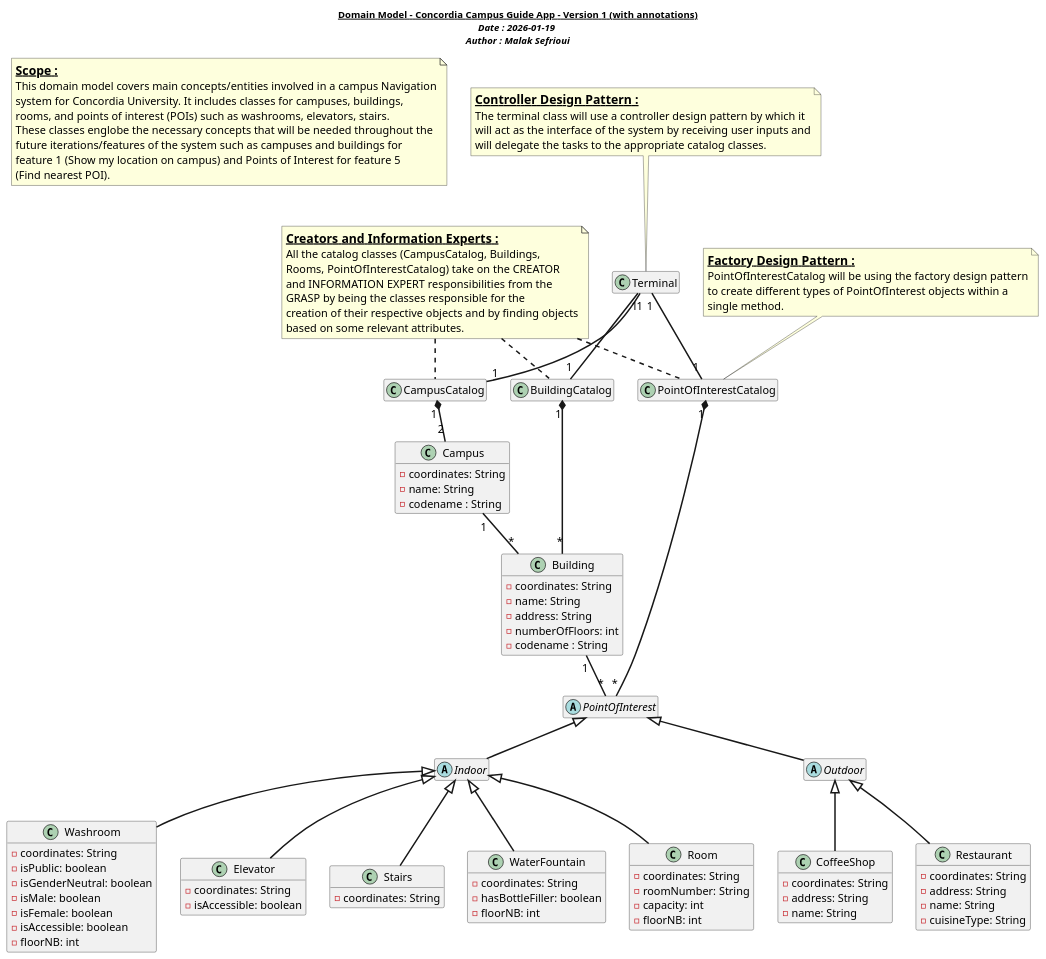
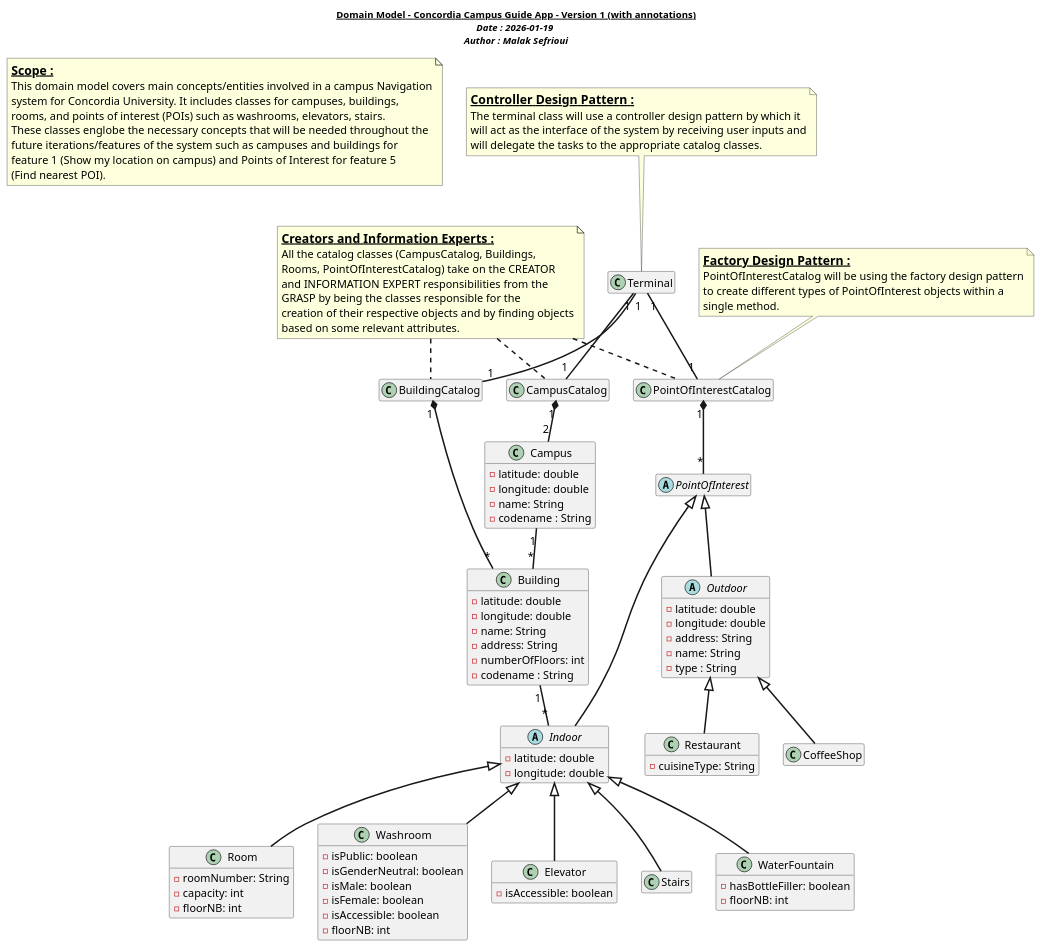
The diagram in Sprint 1/Domain Model/DomainModel.plantuml (reemaaboudraz/TheInnovators), drawn with PlantUML before and after one commit. The commit also changed 1 other file, not shown here.

```diff
--- a/Sprint 1/Domain Model/DomainModel.plantuml
+++ b/Sprint 1/Domain Model/DomainModel.plantuml
@@ -1,136 +1,137 @@
 @startuml Domain Model
 skinparam DefaultFontName Arial
 skinparam DefaultFontSize 16
 skinparam DefaultFontStyle bold
 skinparam ArrowThickness 2.2
 title <u>Domain Model - Concordia Campus Guide App - Version 1 (with annotations)</u>\n<i>Date : 2026-01-19 </i>\n<i>Author : Malak Sefrioui</i>
 hide empty members
 
 note as Scope
     <size:18><b><u>Scope :</u></b></size>
     This domain model covers main concepts/entities involved in a campus Navigation
     system for Concordia University. It includes classes for campuses, buildings,
     rooms, and points of interest (POIs) such as washrooms, elevators, stairs.
     These classes englobe the necessary concepts that will be needed throughout the
     future iterations/features of the system such as campuses and buildings for
     feature 1 (Show my location on campus) and Points of Interest for feature 5 
     (Find nearest POI).
 end note
 
 class "Terminal" as terminal {}
 
 class "CampusCatalog" as CampusCatalog {}
 class "Campus" as Campus {
-    - coordinates: String
+    - latitude: double
+    - longitude: double
     - name: String
     - codename : String
 }
 
 class "BuildingCatalog" as Buildings {}
 class "Building" as Building {
-    - coordinates: String
+    - latitude: double
+    - longitude: double
     - name: String
     - address: String
     - numberOfFloors: int
     - codename : String
 }
 class "Room" as Room {
-    - coordinates: String
     - roomNumber: String
     - capacity: int
     - floorNB: int
 }
 class "PointOfInterestCatalog" as PointOfInterestCatalog {}
 
 abstract class "PointOfInterest" as PointOfInterest {}
-abstract class "Indoor" as Indoor {}
+abstract class "Indoor" as Indoor {
+    - latitude: double
+    - longitude: double
+}
+
 class "Washroom" as Washroom {
-    - coordinates: String
     - isPublic: boolean
     - isGenderNeutral: boolean
     - isMale: boolean
     - isFemale: boolean
     - isAccessible: boolean
     - floorNB: int
 }
 class "Elevator" as Elevator {
-    - coordinates: String
     - isAccessible: boolean
 }
 class "Stairs" as Stairs {
-    - coordinates: String
 }
 class "WaterFountain" as WaterFountain {
-    - coordinates: String
     - hasBottleFiller: boolean
     - floorNB: int
 }
 
-abstract class "Outdoor" as Outdoor {}
+abstract class "Outdoor" as Outdoor {
+    - latitude: double
+    - longitude: double
+    - address: String
+    - name: String
+    - type : String
+}
 
 class "Restaurant" as Restaurant {
-    - coordinates: String
-    - address: String
-    - name: String
     - cuisineType: String
 }
 class "CoffeeShop" as CoffeeShop {
-    - coordinates: String
-    - address: String
-    - name: String
 }
 
 terminal "1" -- "1" CampusCatalog
 terminal "1" -- "1" Buildings
 terminal "1" -- "1" PointOfInterestCatalog
 
 note top of terminal
     <size:18><b><u>Controller Design Pattern :</u></b></size>
     The terminal class will use a controller design pattern by which it
     will act as the interface of the system by receiving user inputs and
     will delegate the tasks to the appropriate catalog classes.
 end note
 
 note as Factory
     <size:18><b><u>Factory Design Pattern :</u></b></size>
     PointOfInterestCatalog will be using the factory design pattern
     to create different types of PointOfInterest objects within a 
     single method.
 end note
 
 note as Creators
     <size:18><b><u>Creators and Information Experts :</u></b></size>
     All the catalog classes (CampusCatalog, Buildings, 
     Rooms, PointOfInterestCatalog) take on the CREATOR 
     and INFORMATION EXPERT responsibilities from the 
     GRASP by being the classes responsible for the 
     creation of their respective objects and by finding objects
     based on some relevant attributes.
 end note
 
 Creators .. CampusCatalog
 Creators .. Buildings
 Creators .. PointOfInterestCatalog
 Factory .. PointOfInterestCatalog
 
 CampusCatalog "1" *-- "2" Campus
 
 Buildings "1" *-- "*" Building
 
 Campus "1" -- "*" Building
 
-Building "1" -- "*" PointOfInterest
+Building "1" -- "*" Indoor
 
 PointOfInterestCatalog "1" *-- "*" PointOfInterest
 
 PointOfInterest <|-- Indoor
 Indoor <|-- Washroom
 Indoor <|-- Elevator
 Indoor <|-- Stairs
 Indoor <|-- WaterFountain
 Indoor <|-- Room
 PointOfInterest <|-- Outdoor
 Outdoor <|-- Restaurant
 Outdoor <|-- CoffeeShop
 
 @enduml
```
